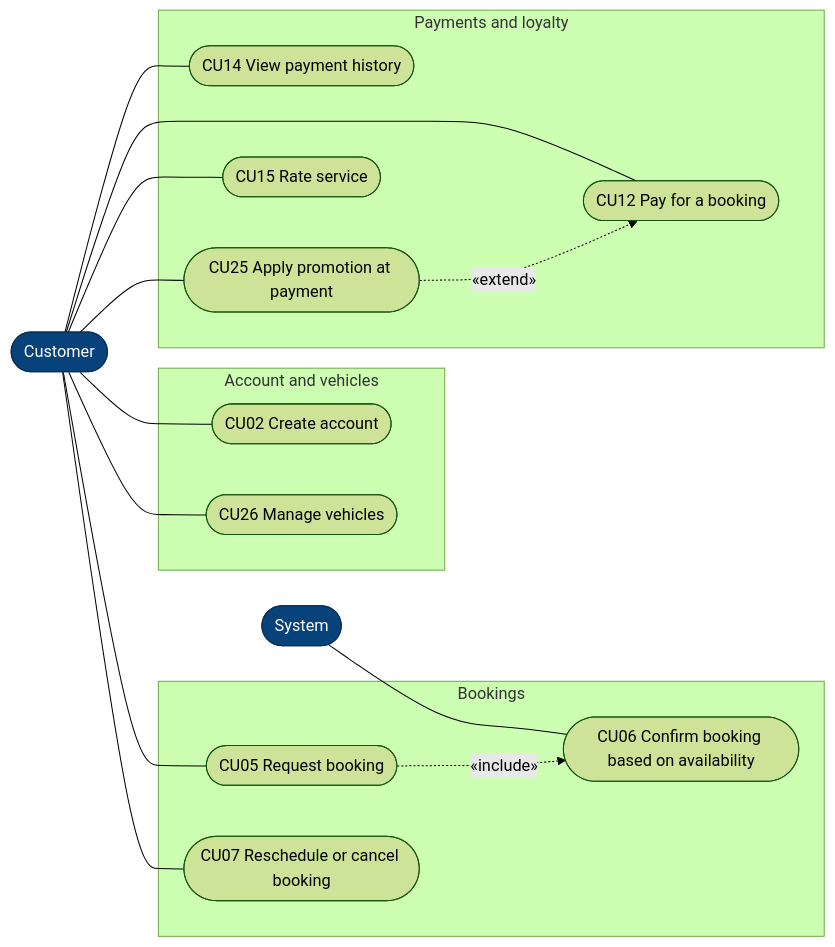
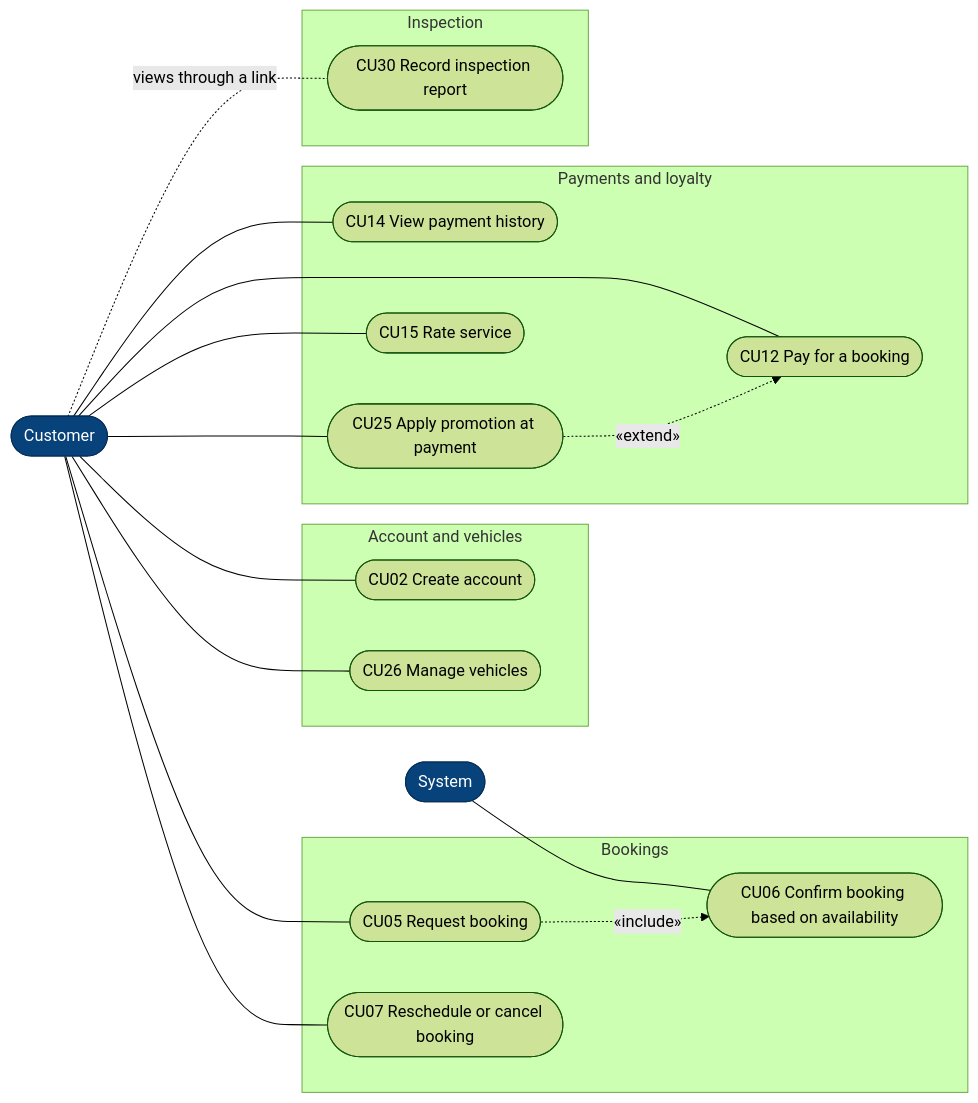
Before and after one commit to BrayanCABRERA123/lavarapido-docs: the second of 24 diagrams in 02-analisis-vistas-dinamicas/EN/dynamic-views-analysis.md, drawn with Mermaid (forest theme). The commit also changed other lines of this file and 1 other file, not shown here.

Commit message:
docs(analysis): add lockout, automatic assignment and inspection report to the dynamic views

````diff
--- a/02-analisis-vistas-dinamicas/EN/dynamic-views-analysis.md
+++ b/02-analisis-vistas-dinamicas/EN/dynamic-views-analysis.md
@@ -63,39 +63,44 @@
 ```mermaid
 flowchart LR
     Cliente(["Customer"])
     Sistema(["System"])
 
     subgraph CTA["Account and vehicles"]
         CU02(["CU02 Create account"])
         CU26(["CU26 Manage vehicles"])
     end
 
     subgraph RES["Bookings"]
         CU05(["CU05 Request booking"])
         CU06(["CU06 Confirm booking based on availability"])
         CU07(["CU07 Reschedule or cancel booking"])
     end
 
     subgraph PAG["Payments and loyalty"]
         CU12(["CU12 Pay for a booking"])
         CU14(["CU14 View payment history"])
         CU25(["CU25 Apply promotion at payment"])
         CU15(["CU15 Rate service"])
     end
 
+    subgraph INS["Inspection"]
+        CU30(["CU30 Record inspection report"])
+    end
+
     Cliente --- CU02
     Cliente --- CU26
     Cliente --- CU05
     Cliente --- CU07
     Cliente --- CU12
     Cliente --- CU14
     Cliente --- CU15
     Cliente --- CU25
+    Cliente -. "views through a link" .- CU30
     Sistema --- CU06
 
     CU05 -. "«include»" .-> CU06
     CU25 -. "«extend»" .-> CU12
 
     classDef actor fill:#08427b,color:#fff,stroke:#052e56
     class Cliente,Sistema actor
 ```
````
